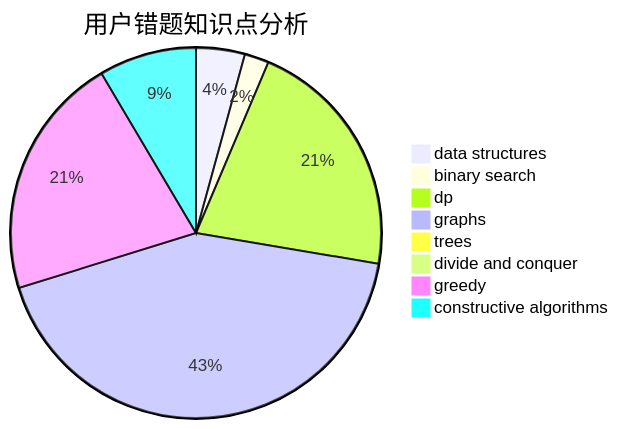
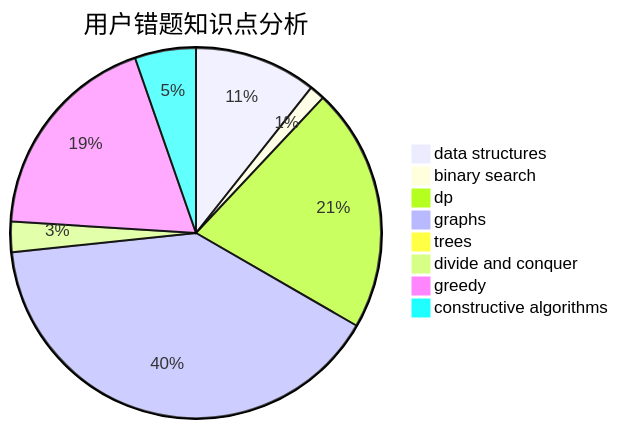
The third of 3 diagrams in docs/user/u2060.md (sherpahu/cfrs.github.io), drawn with Mermaid before and after one commit. The commit also changed other lines of this file and 2770 other files, not shown here.

````diff
--- a/docs/user/u2060.md
+++ b/docs/user/u2060.md
@@ -36,11 +36,11 @@
 ```mermaid
 pie title 用户错题知识点分析
-    "data structures" :  2
+    "data structures" :  8
     "binary search" :  1
-    "dp" :  10
-    "graphs" :  20
+    "dp" :  16
+    "graphs" :  30
     "trees" :  0
-    "divide and conquer" :  0
-    "greedy" :  10
+    "divide and conquer" :  2
+    "greedy" :  14
     "constructive algorithms" :  4
 ```
````
